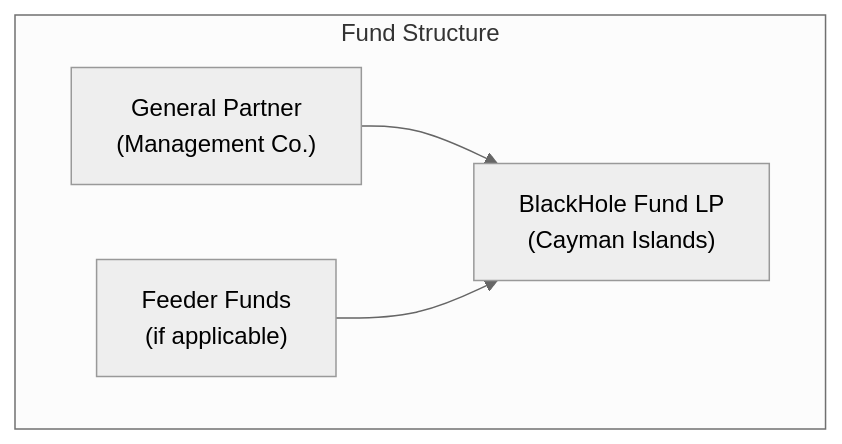
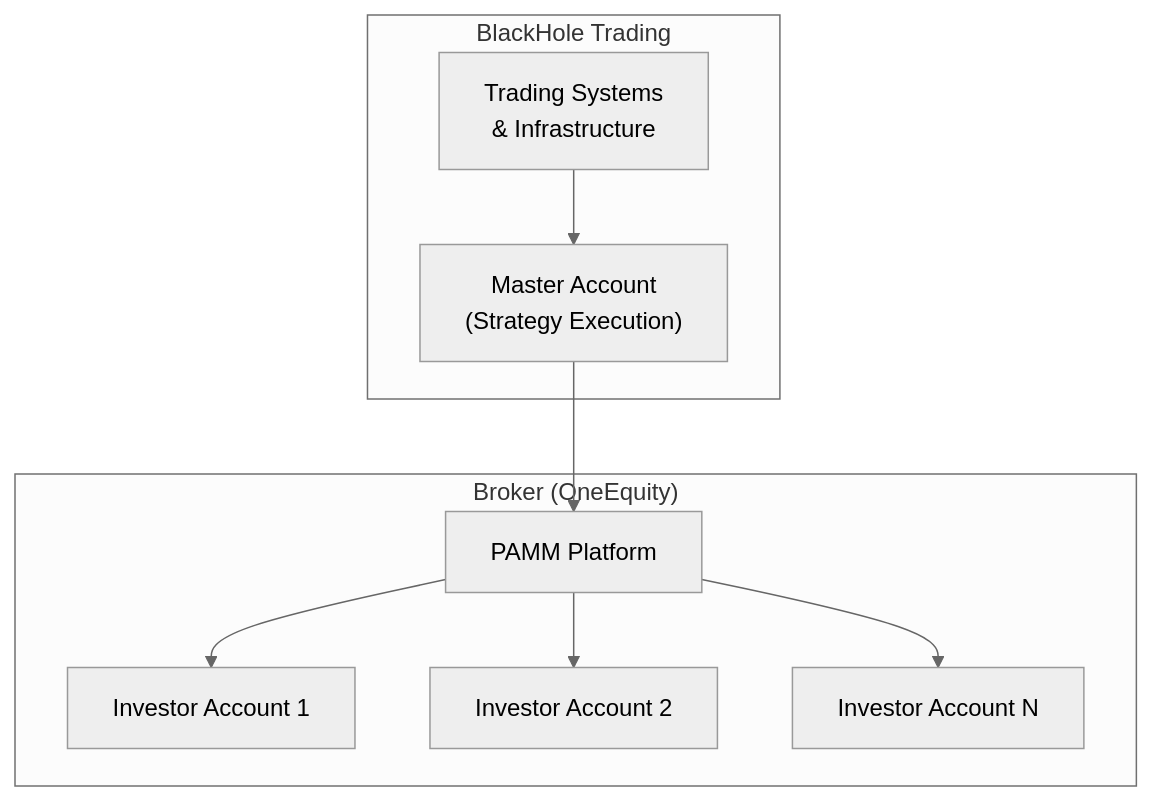
Before and after one commit to blackholefund/external_docs: the first of 3 diagrams in docs/OPERATIONAL_DUE_DILIGENCE.md, drawn with Mermaid (neutral theme). The commit also changed other lines of this file and 3 other files, not shown here.

First line of the commit message:
Update documentation for PAMM structure (unregulated)

````diff
--- a/docs/OPERATIONAL_DUE_DILIGENCE.md
+++ b/docs/OPERATIONAL_DUE_DILIGENCE.md
@@ -11,11 +13,20 @@
 ```mermaid
 flowchart TB
-    subgraph Structure["Fund Structure"]
-        GP["General Partner\n(Management Co.)"]
-        Fund["BlackHole Fund LP\n(Cayman Islands)"]
-        Feeder["Feeder Funds\n(if applicable)"]
+    subgraph Manager["BlackHole Trading"]
+        Master["Master Account\n(Strategy Execution)"]
+        Systems["Trading Systems\n& Infrastructure"]
     end
 
-    GP --> Fund
-    Feeder --> Fund
+    subgraph Broker["Broker (OneEquity)"]
+        PAMM["PAMM Platform"]
+        Inv1["Investor Account 1"]
+        Inv2["Investor Account 2"]
+        Inv3["Investor Account N"]
+    end
+
+    Master --> PAMM
+    Systems --> Master
+    PAMM --> Inv1
+    PAMM --> Inv2
+    PAMM --> Inv3
 ```
````
